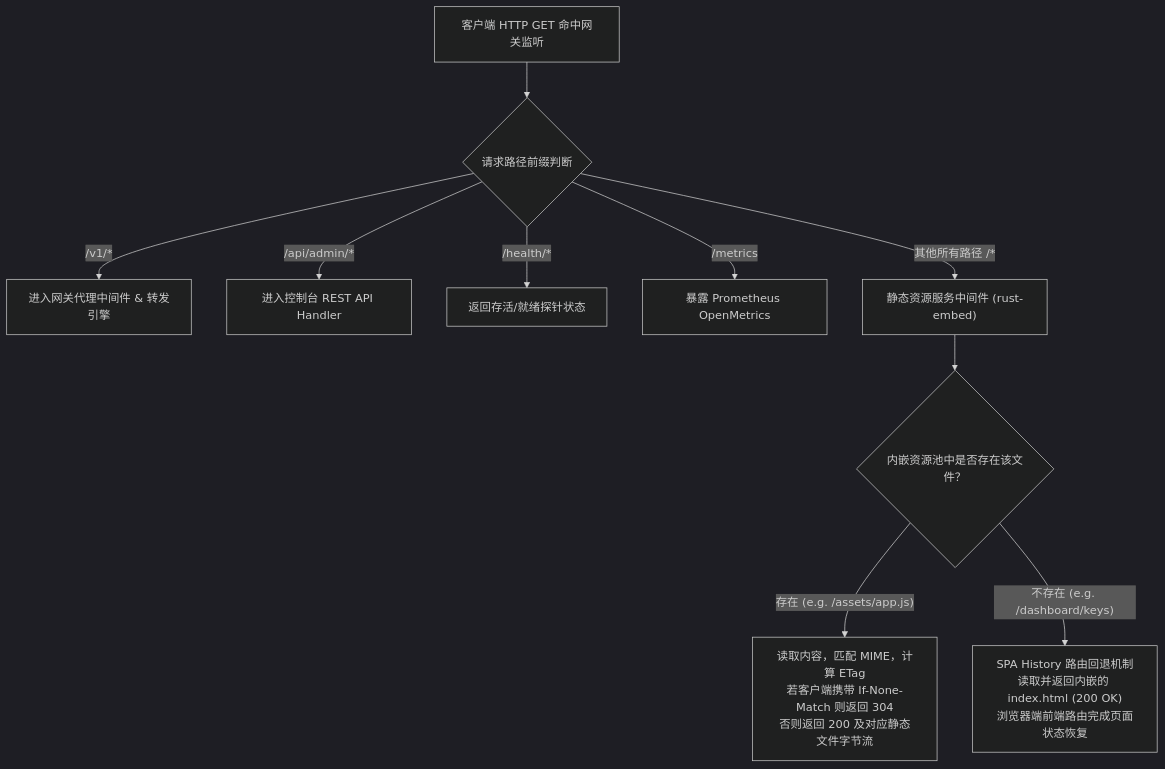
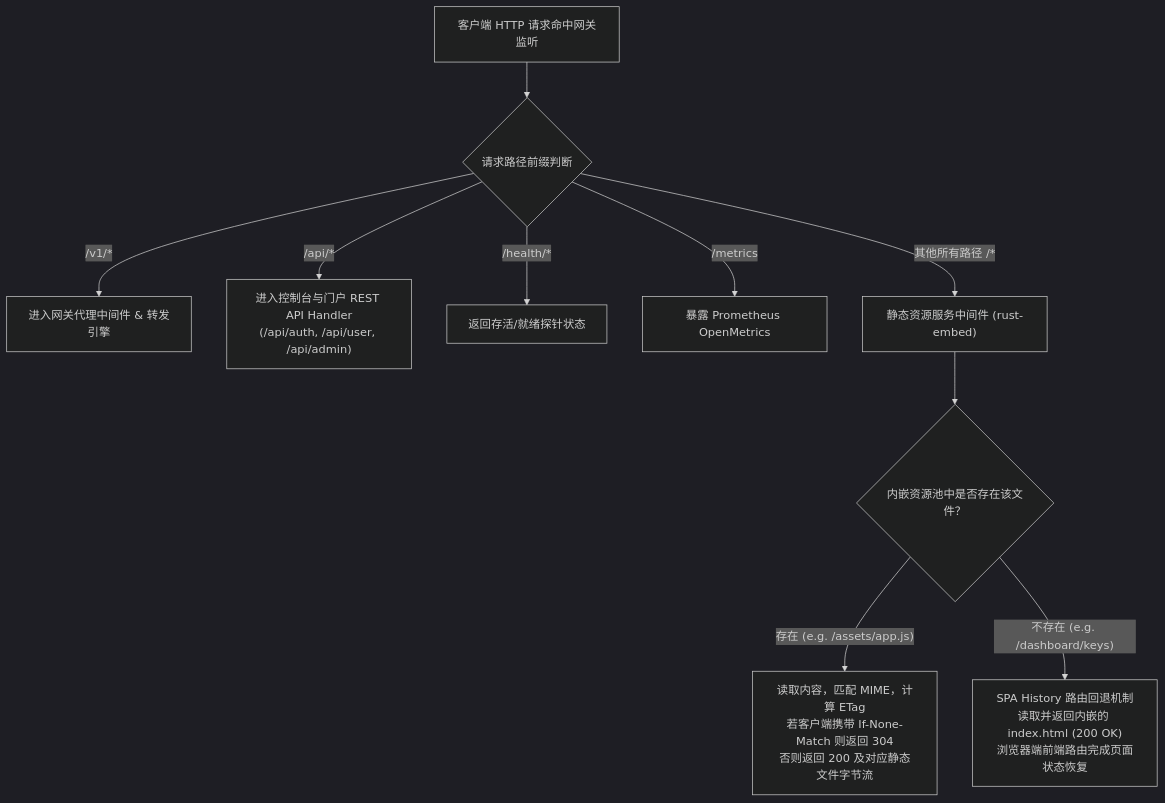
One commit to fugui/rs-gate changed the fifth of 6 diagrams in docs/02-design/01-system-architecture.md. Above: the diagram before and after it, drawn with Mermaid (dark theme). The commit also changed other lines of this file and 2 other files, not shown here.

Commit message:
docs(design): enhance user RBAC context, claims, and query plan verifications

````diff
--- a/docs/02-design/01-system-architecture.md
+++ b/docs/02-design/01-system-architecture.md
@@ -697,13 +715,13 @@
 ```mermaid
 graph TD
-    UserReq["客户端 HTTP GET 命中网关监听"] --> CheckPrefix{"请求路径前缀判断"}
+    UserReq["客户端 HTTP 请求命中网关监听"] --> CheckPrefix{"请求路径前缀判断"}
     CheckPrefix -->|"/v1/*"| ProxyAPI["进入网关代理中间件 & 转发引擎"]
-    CheckPrefix -->|"/api/admin/*"| AdminREST["进入控制台 REST API Handler"]
+    CheckPrefix -->|"/api/*"| WebREST["进入控制台与门户 REST API Handler<br>(/api/auth, /api/user, /api/admin)"]
     CheckPrefix -->|"/health/*"| HealthProbe["返回存活/就绪探针状态"]
     CheckPrefix -->|"/metrics"| Prometheus["暴露 Prometheus OpenMetrics"]
     CheckPrefix -->|"其他所有路径 /*"| EmbeddedStatic["静态资源服务中间件 (rust-embed)"]
 
     EmbeddedStatic --> CheckAsset{"内嵌资源池中是否存在该文件？"}
     CheckAsset -->|"存在 (e.g. /assets/app.js)"| ServeStatic["读取内容，匹配 MIME，计算 ETag<br>若客户端携带 If-None-Match 则返回 304<br>否则返回 200 及对应静态文件字节流"]
     CheckAsset -->|"不存在 (e.g. /dashboard/keys)"| SPAFallback["SPA History 路由回退机制<br>读取并返回内嵌的 index.html (200 OK)<br>浏览器端前端路由完成页面状态恢复"]
 ```
````
